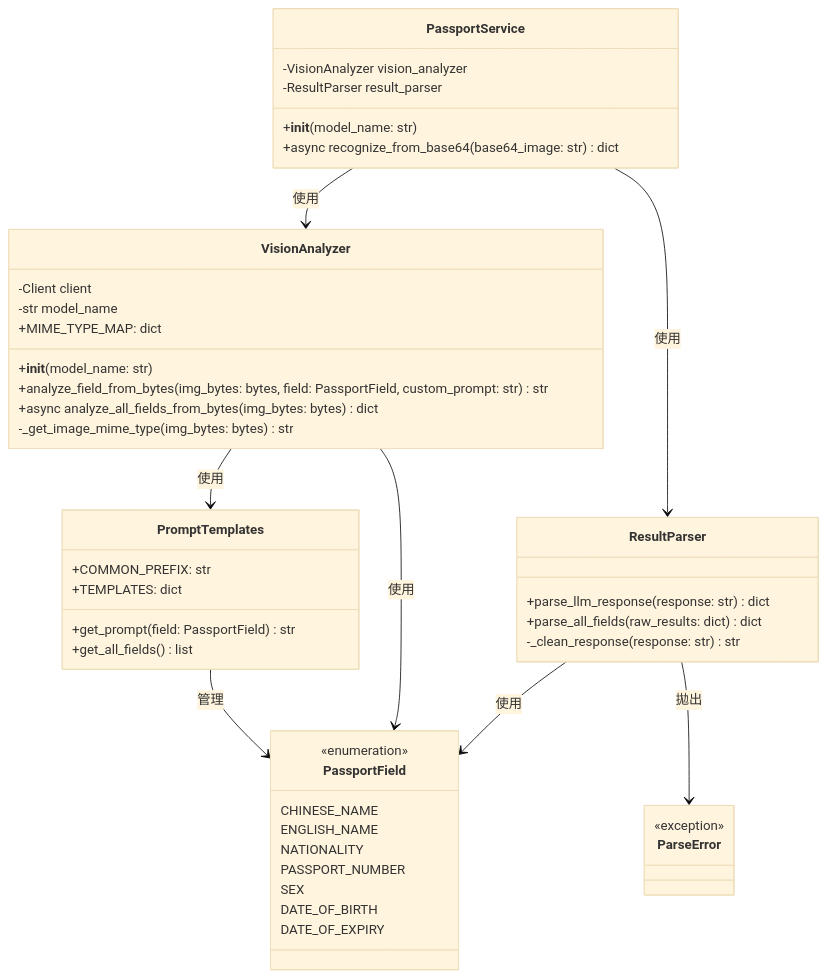
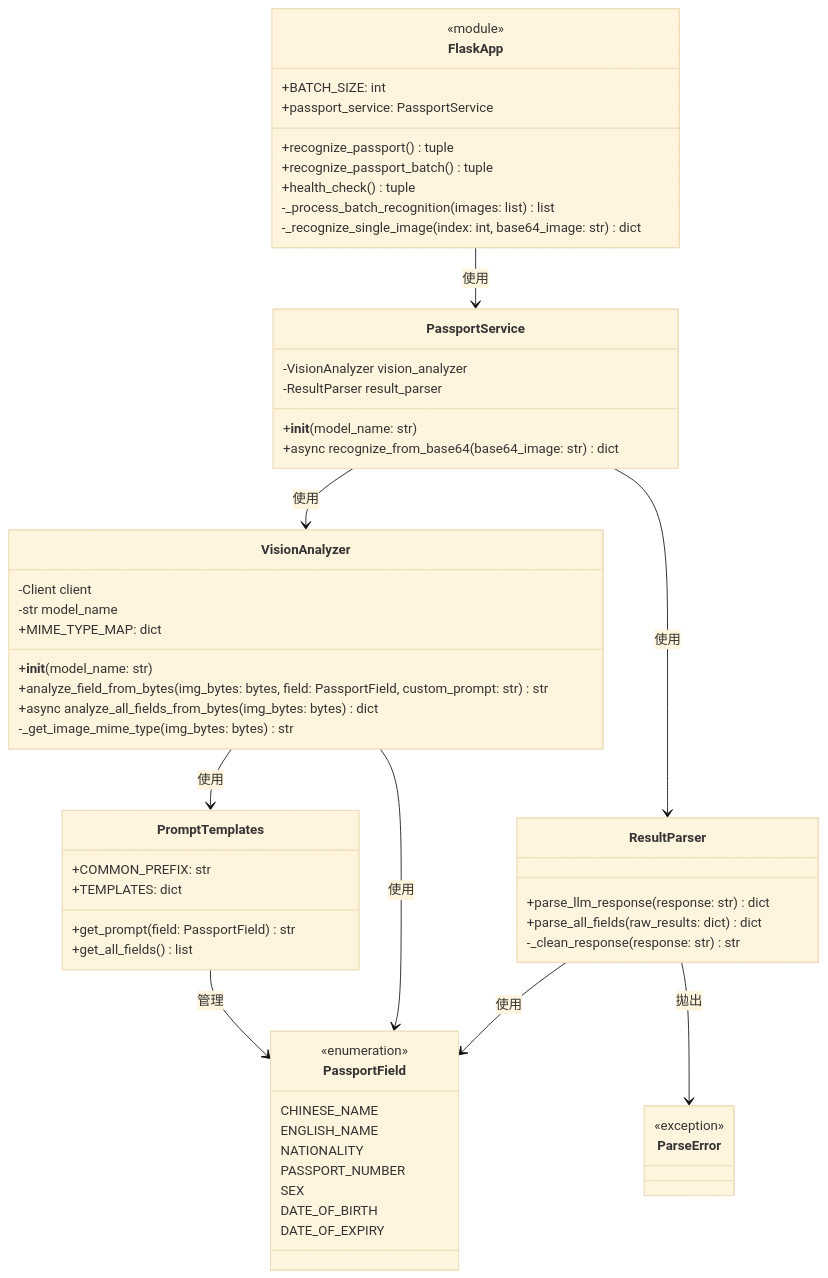
One commit to wu02067602/Passport-image-recognition changed the diagram in 類別圖.md. Above: the diagram before and after it, drawn with Mermaid (base theme). The commit also changed other lines of this file and 6 other files, not shown here.

Commit message:
feat: Add batch passport recognition API endpoint

````diff
--- a/類別圖.md
+++ b/類別圖.md
@@ -7,55 +7,67 @@
 ```mermaid
 classDiagram
+    class FlaskApp {
+        <<module>>
+        +BATCH_SIZE: int
+        +passport_service: PassportService
+        +recognize_passport() tuple
+        +recognize_passport_batch() tuple
+        +health_check() tuple
+        -_process_batch_recognition(images: list) list
+        -_recognize_single_image(index: int, base64_image: str) dict
+    }
+    
     class PassportService {
         -VisionAnalyzer vision_analyzer
         -ResultParser result_parser
         +__init__(model_name: str)
         +async recognize_from_base64(base64_image: str) dict
     }
     
     class VisionAnalyzer {
         -Client client
         -str model_name
         +MIME_TYPE_MAP: dict
         +__init__(model_name: str)
         +analyze_field_from_bytes(img_bytes: bytes, field: PassportField, custom_prompt: str) str
         +async analyze_all_fields_from_bytes(img_bytes: bytes) dict
         -_get_image_mime_type(img_bytes: bytes) str
     }
     
     class ResultParser {
         +parse_llm_response(response: str) dict
         +parse_all_fields(raw_results: dict) dict
         -_clean_response(response: str) str
     }
     
     class PromptTemplates {
         +COMMON_PREFIX: str
         +TEMPLATES: dict
         +get_prompt(field: PassportField) str
         +get_all_fields() list
     }
     
     class PassportField {
         <<enumeration>>
         CHINESE_NAME
         ENGLISH_NAME
         NATIONALITY
         PASSPORT_NUMBER
         SEX
         DATE_OF_BIRTH
         DATE_OF_EXPIRY
     }
     
     class ParseError {
         <<exception>>
     }
     
+    FlaskApp --> PassportService : 使用
     PassportService --> VisionAnalyzer : 使用
     PassportService --> ResultParser : 使用
     VisionAnalyzer --> PromptTemplates : 使用
     VisionAnalyzer --> PassportField : 使用
     ResultParser --> PassportField : 使用
     ResultParser --> ParseError : 拋出
     PromptTemplates --> PassportField : 管理
 ```
````
